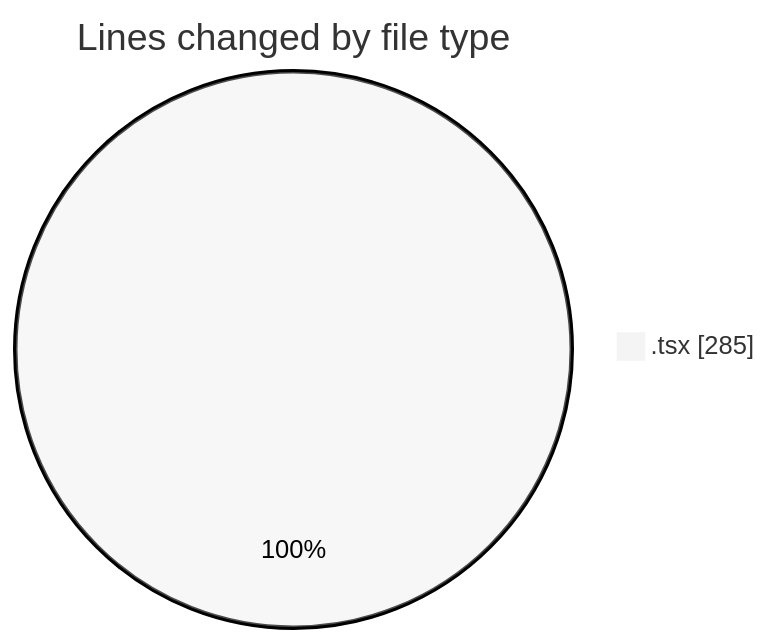
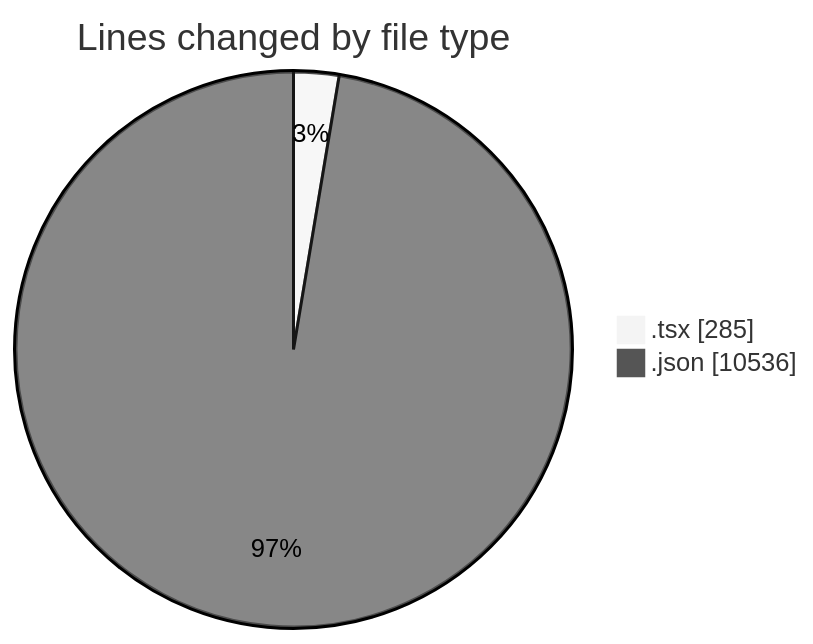
One commit to nxtqubesakshisongat/code-tracking changed the first of 2 diagrams in 2026-04-06/airfeed-analytics-dashboard/README.md. Above: the diagram before and after it, drawn with Mermaid (neutral theme). The commit also changed other lines of this file and 1 other file, not shown here.

````diff
--- a/2026-04-06/airfeed-analytics-dashboard/README.md
+++ b/2026-04-06/airfeed-analytics-dashboard/README.md
@@ -23,5 +25,6 @@
 ```mermaid
 pie showData
 title Lines changed by file type
 ".tsx" : 285
+".json" : 10536
 ```
````
